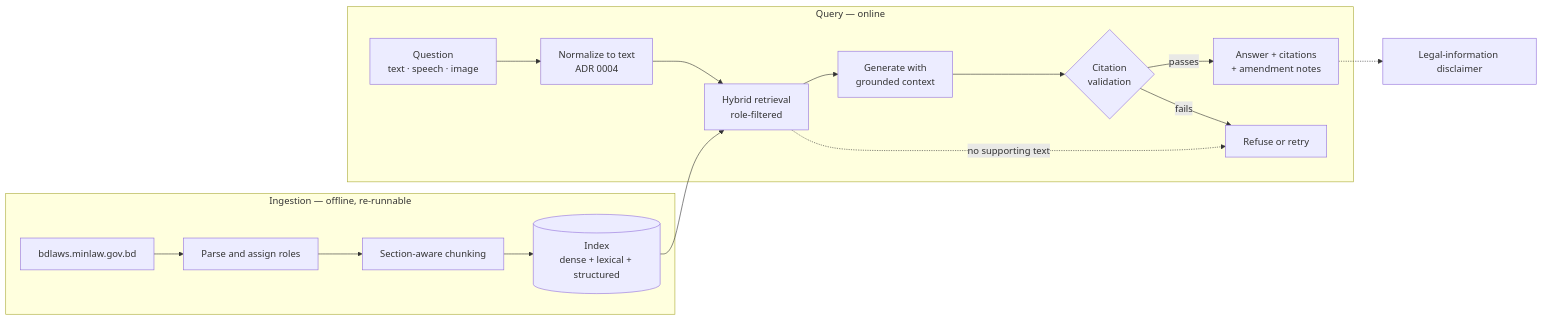
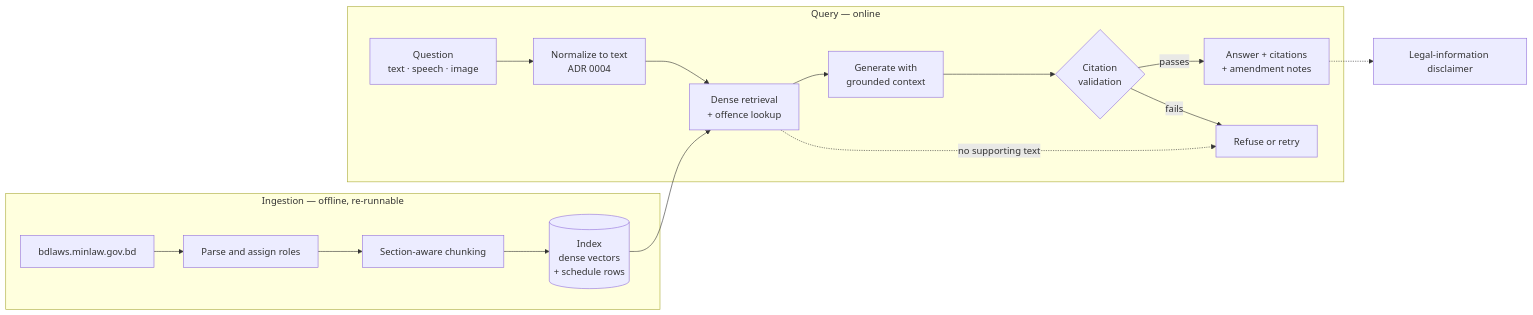
The first of 4 diagrams in docs/architecture.md (asifuddin01/Criminal-Law-Q-A-Assistant), drawn with Mermaid before and after one commit. The commit also changed other lines of this file and 9 other files, not shown here.

````diff
--- a/docs/architecture.md
+++ b/docs/architecture.md
@@ -12,21 +12,21 @@
 ```mermaid
 flowchart LR
     subgraph ingest ["Ingestion — offline, re-runnable"]
         SRC["bdlaws.minlaw.gov.bd"] --> PARSE["Parse and assign roles"]
         PARSE --> CHUNK["Section-aware chunking"]
-        CHUNK --> IDX[("Index<br/>dense + lexical + structured")]
+        CHUNK --> IDX[("Index<br/>dense vectors<br/>+ schedule rows")]
     end
 
     subgraph query ["Query — online"]
         IN["Question<br/>text · speech · image"] --> NORM["Normalize to text<br/>ADR 0004"]
-        NORM --> RET["Hybrid retrieval<br/>role-filtered"]
+        NORM --> RET["Dense retrieval<br/>+ offence lookup"]
         RET --> GEN["Generate with<br/>grounded context"]
         GEN --> GATE{"Citation<br/>validation"}
         GATE -->|passes| ANS["Answer + citations<br/>+ amendment notes"]
         GATE -->|fails| REF["Refuse or retry"]
     end
 
     IDX --> RET
     RET -.->|"no supporting text"| REF
     ANS -.-> DISC["Legal-information disclaimer"]
 ```
````
